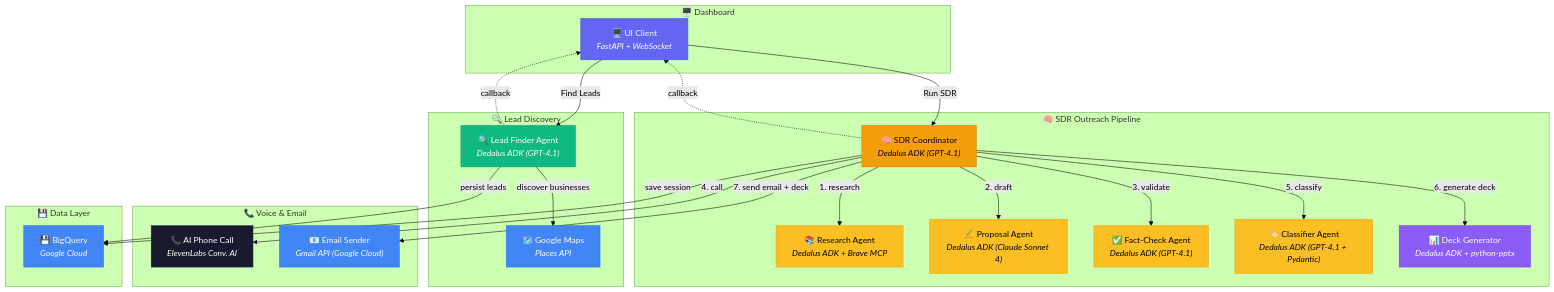
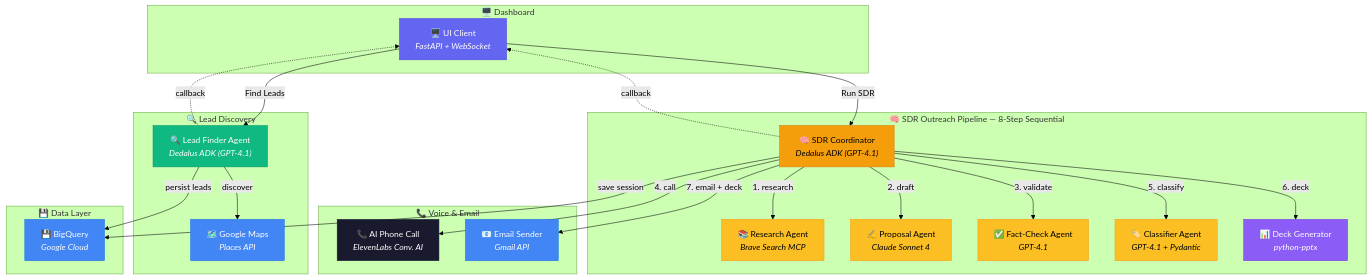
Before and after one commit to akshatbhandari15/RapidReach: the first of 3 diagrams in README.md, drawn with Mermaid (forest theme).

Commit message:
Update README with new diagram

````diff
--- a/README.md
+++ b/README.md
@@ -164,65 +164,69 @@
 ```mermaid
 graph TB
+    %% ── Row 1: Dashboard + Lead Discovery + External Services ──
     subgraph "🖥️ Dashboard"
         UI["🖥️ UI Client<br/><i>FastAPI + WebSocket</i>"]
     end
 
     subgraph "🔍 Lead Discovery"
         LF["🔍 Lead Finder Agent<br/><i>Dedalus ADK (GPT-4.1)</i>"]
         MAPS["🗺️ Google Maps<br/><i>Places API</i>"]
     end
 
-    subgraph "🧠 SDR Outreach Pipeline"
-        SDR["🧠 SDR Coordinator<br/><i>Dedalus ADK (GPT-4.1)</i>"]
-        RA["📚 Research Agent<br/><i>Dedalus ADK + Brave MCP</i>"]
-        PA["✍️ Proposal Agent<br/><i>Dedalus ADK (Claude Sonnet 4)</i>"]
-        FA["✅ Fact-Check Agent<br/><i>Dedalus ADK (GPT-4.1)</i>"]
-        CA["🏷️ Classifier Agent<br/><i>Dedalus ADK (GPT-4.1 + Pydantic)</i>"]
-        DA["📊 Deck Generator<br/><i>Dedalus ADK + python-pptx</i>"]
+    subgraph "📞 Voice & Email"
+        XI["📞 AI Phone Call<br/><i>ElevenLabs Conv. AI</i>"]
+        GMAIL["📧 Email Sender<br/><i>Gmail API</i>"]
     end
 
-    subgraph "📞 Voice & Email"
-        XI["📞 AI Phone Call<br/><i>ElevenLabs Conv. AI</i>"]
-        GMAIL["📧 Email Sender<br/><i>Gmail API (Google Cloud)</i>"]
+    %% ── Row 2: SDR Pipeline (wide, below the top 3) ──
+    subgraph "🧠 SDR Outreach Pipeline — 8-Step Sequential"
+        SDR["🧠 SDR Coordinator<br/><i>Dedalus ADK (GPT-4.1)</i>"]
+        RA["📚 Research Agent<br/><i>Brave Search MCP</i>"]
+        PA["✍️ Proposal Agent<br/><i>Claude Sonnet 4</i>"]
+        FA["✅ Fact-Check Agent<br/><i>GPT-4.1</i>"]
+        CA["🏷️ Classifier Agent<br/><i>GPT-4.1 + Pydantic</i>"]
+        DA["📊 Deck Generator<br/><i>python-pptx</i>"]
+
+        SDR -->|"1. research"| RA
+        SDR -->|"2. draft"| PA
+        SDR -->|"3. validate"| FA
+        SDR -->|"5. classify"| CA
+        SDR -->|"6. deck"| DA
     end
 
+    %% ── Row 3: Data Layer ──
     subgraph "💾 Data Layer"
         BQ["💾 BigQuery<br/><i>Google Cloud</i>"]
     end
 
-    %% User triggers
+    %% ── Connections: Top row ──
     UI -->|"Find Leads"| LF
     UI -->|"Run SDR"| SDR
+    LF -->|"discover"| MAPS
 
-    %% Lead Finder flow
-    LF -->|"discover businesses"| MAPS
+    %% ── Connections: SDR ↔ External ──
+    SDR -->|"4. call"| XI
+    SDR -->|"7. email + deck"| GMAIL
+
+    %% ── Connections: Data persistence ──
     LF -->|"persist leads"| BQ
-
-    %% SDR Pipeline — sequential
-    SDR -->|"1. research"| RA
-    SDR -->|"2. draft"| PA
-    SDR -->|"3. validate"| FA
-    SDR -->|"4. call"| XI
-    SDR -->|"5. classify"| CA
-    SDR -->|"6. generate deck"| DA
-    SDR -->|"7. send email + deck"| GMAIL
     SDR -->|"save session"| BQ
 
-    %% Callbacks
+    %% ── Callbacks (dotted) ──
     LF -.->|"callback"| UI
     SDR -.->|"callback"| UI
 
-    %% Styles
+    %% ── Styles ──
+    style UI fill:#6366f1,stroke:#4f46e5,color:#fff
     style LF fill:#10b981,stroke:#059669,color:#fff
+    style MAPS fill:#4285F4,stroke:#1a73e8,color:#fff
     style SDR fill:#f59e0b,stroke:#d97706,color:#000
     style RA fill:#fbbf24,stroke:#f59e0b,color:#000
     style PA fill:#fbbf24,stroke:#f59e0b,color:#000
     style FA fill:#fbbf24,stroke:#f59e0b,color:#000
     style CA fill:#fbbf24,stroke:#f59e0b,color:#000
     style DA fill:#8b5cf6,stroke:#7c3aed,color:#fff
-    style UI fill:#6366f1,stroke:#4f46e5,color:#fff
-    style MAPS fill:#4285F4,stroke:#1a73e8,color:#fff
+    style XI fill:#1a1a2e,stroke:#16213e,color:#fff
+    style GMAIL fill:#4285F4,stroke:#1a73e8,color:#fff
     style BQ fill:#4285F4,stroke:#1a73e8,color:#fff
-    style GMAIL fill:#4285F4,stroke:#1a73e8,color:#fff
-    style XI fill:#1a1a2e,stroke:#16213e,color:#fff
 ```
````
